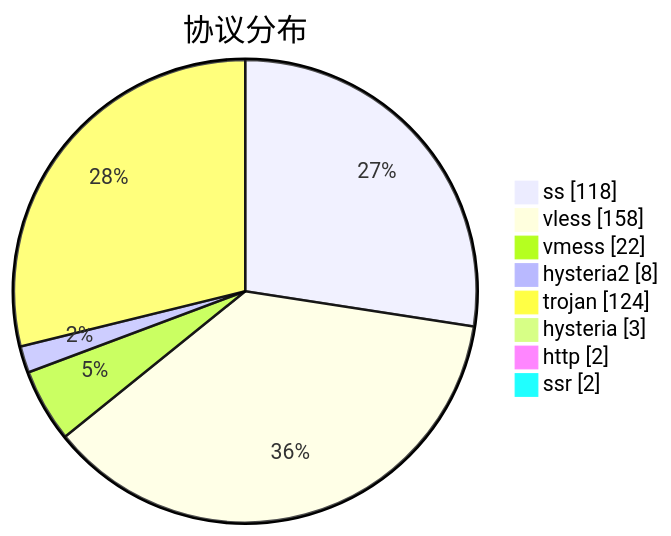
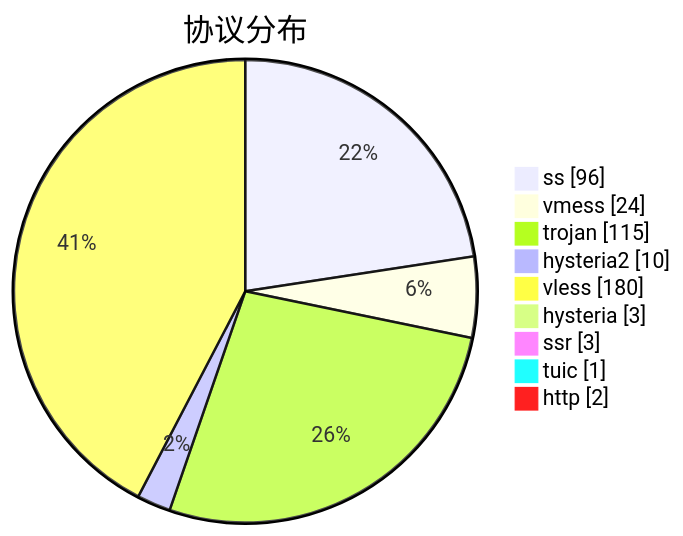
Before and after one commit to sinspired/airport: the third of 3 diagrams in subs/statistics/tested_within.md, drawn with Mermaid. The commit also changed other lines of this file and 2 other files, not shown here.

````diff
--- a/subs/statistics/tested_within.md
+++ b/subs/statistics/tested_within.md
@@ -62,12 +64,13 @@
 ```mermaid
 pie showData
 title 协议分布
-"ss" : 118
-"vless" : 158
-"vmess" : 22
-"hysteria2" : 8
-"trojan" : 124
+"ss" : 96
+"vmess" : 24
+"trojan" : 115
+"hysteria2" : 10
+"vless" : 180
 "hysteria" : 3
+"ssr" : 3
+"tuic" : 1
 "http" : 2
-"ssr" : 2
 ```
````
